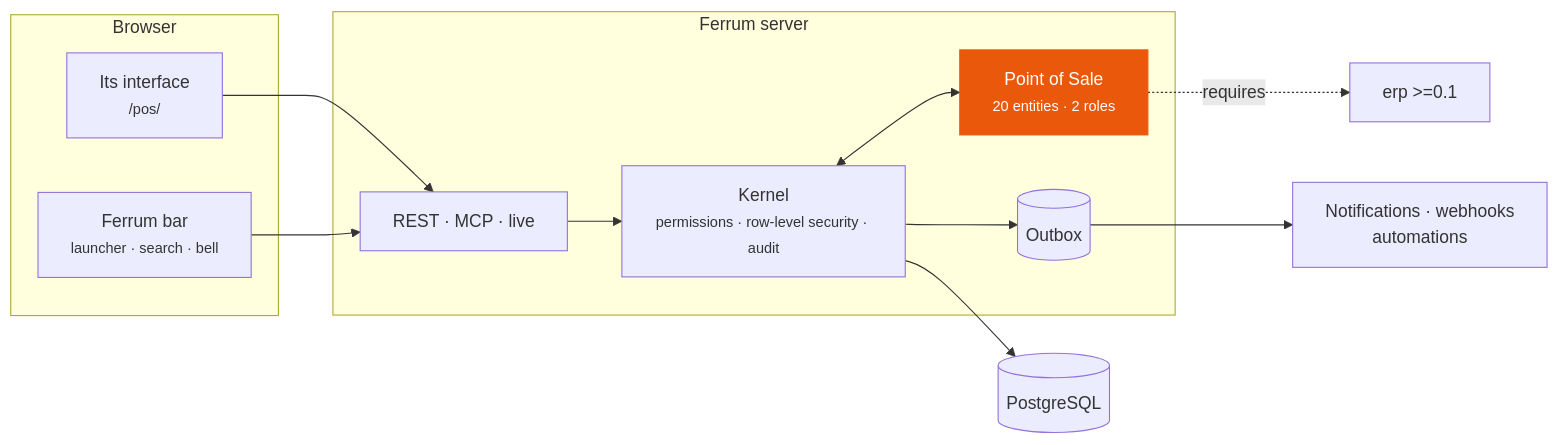
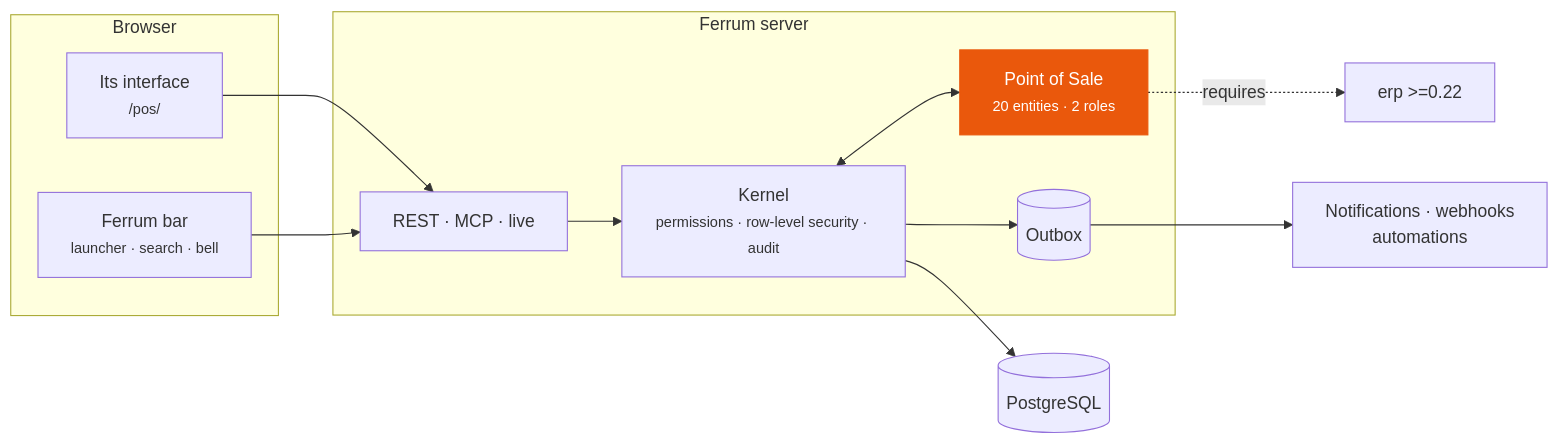
The second of 3 diagrams in README.md (CBFerrum/ferrum-app-pos), drawn with Mermaid before and after one commit. The commit also changed other lines of this file and 2 other files, not shown here.

Commit message:
Point of Sale 0.6.2: builds with and needs ERP 0.22.0, whose modes of payment it now uses

````diff
--- a/README.md
+++ b/README.md
@@ -126,21 +126,21 @@
 ```mermaid
 flowchart LR
     subgraph Browser
         UI["Its interface<br/><small>/pos/</small>"]
         BAR["Ferrum bar<br/><small>launcher · search · bell</small>"]
     end
     subgraph Server["Ferrum server"]
         API["REST · MCP · live"]
         K["Kernel<br/><small>permissions · row-level security · audit</small>"]
         APP["Point of Sale<br/><small>20 entities · 2 roles</small>"]
         OB[("Outbox")]
     end
     DB[("PostgreSQL")]
     UI --> API --> K --> DB
     BAR --> API
     K <--> APP
     K --> OB --> EV["Notifications · webhooks<br/>automations"]
-    APP -. requires .-> D0["erp >=0.1"]
+    APP -. requires .-> D0["erp >=0.22"]
     classDef app fill:#ea580c,color:#fff,stroke:#ea580c
     class APP app
 ```
````
